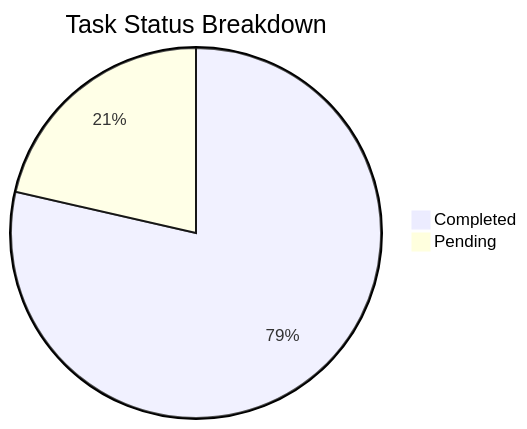
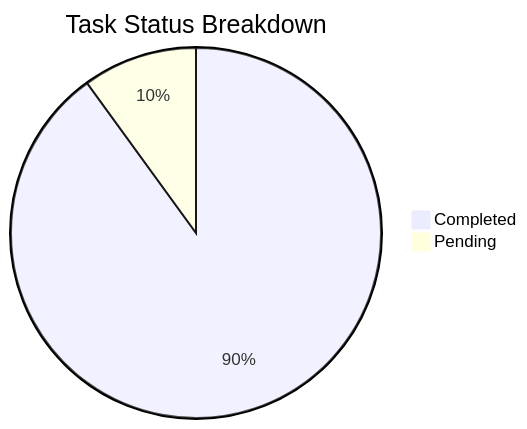
Before and after one commit to sagarms97/MyWorkDairy: the first of 2 diagrams in Sanchay/Analytics.md, drawn with Mermaid. The commit also changed other lines of this file and 2 other files, not shown here.

````diff
--- a/Sanchay/Analytics.md
+++ b/Sanchay/Analytics.md
@@ -12,5 +12,5 @@
 ```mermaid
 pie title Task Status Breakdown
-    "Completed" : 11
-    "Pending" : 3
+    "Completed" : 18
+    "Pending" : 2
 ```
````
